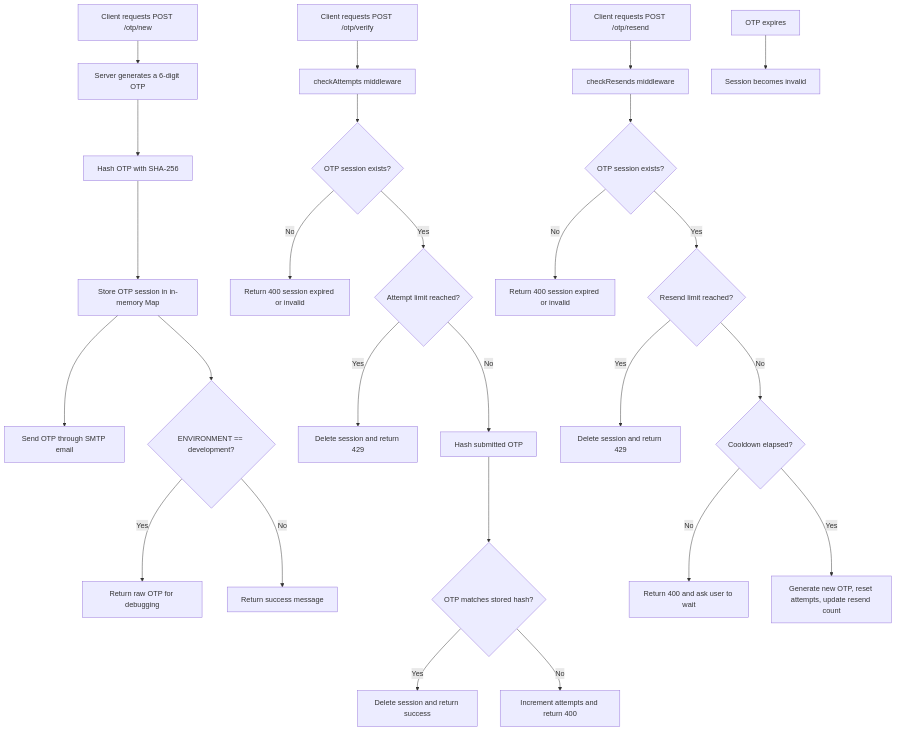
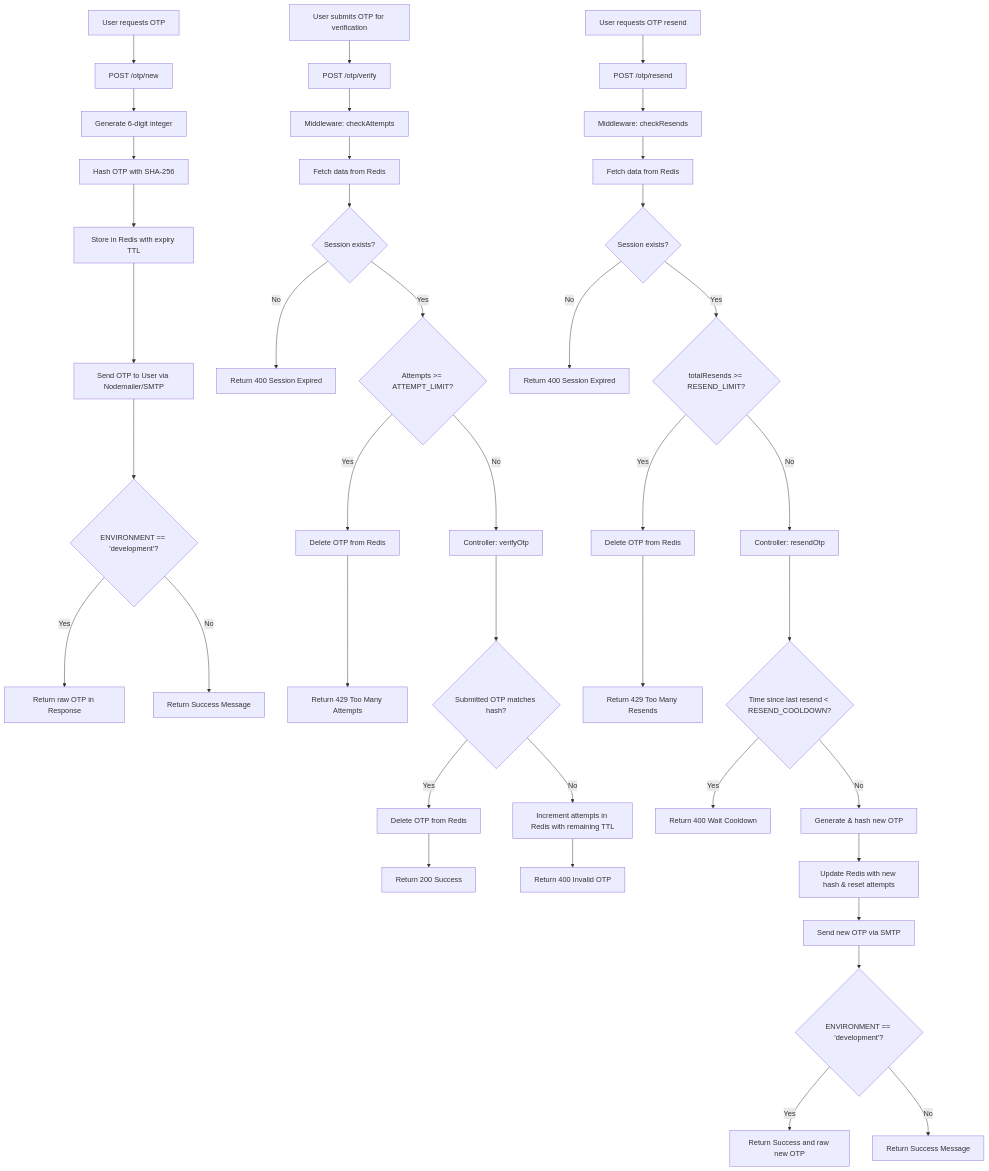
The second of 2 diagrams in README.md (yashdeepsingh2006/OTP-Authentication), drawn with Mermaid before and after one commit. The commit also changed other lines of this file and 19 other files, not shown here.

````diff
--- a/README.md
+++ b/README.md
@@ -161,31 +62,40 @@
 ```mermaid
 flowchart TD
-    A[Client requests POST /otp/new] --> B[Server generates a 6-digit OTP]
-    B --> C[Hash OTP with SHA-256]
-    C --> D[Store OTP session in in-memory Map]
-    D --> E[Send OTP through SMTP email]
-    D --> F{ENVIRONMENT == development?}
-    F -- Yes --> G[Return raw OTP for debugging]
-    F -- No --> H[Return success message]
+    Start[User requests OTP] --> NewReq[POST /otp/new]
+    NewReq --> GenOTP[Generate 6-digit integer]
+    GenOTP --> HashOTP[Hash OTP with SHA-256]
+    HashOTP --> RedisSet[Store in Redis with expiry TTL]
+    RedisSet --> SendMail[Send OTP to User via Nodemailer/SMTP]
+    SendMail --> DevCheck{ENVIRONMENT == 'development'? }
+    DevCheck -->|Yes| DevResp[Return raw OTP in Response]
+    DevCheck -->|No| ProdResp[Return Success Message]
+    
+    UserSubmit[User submits OTP for verification] --> VerifyReq[POST /otp/verify]
+    VerifyReq --> CheckAtt[Middleware: checkAttempts]
+    CheckAtt --> GetCache[Fetch data from Redis]
+    GetCache --> SessionExist{Session exists?}
+    SessionExist -->|No| Expired[Return 400 Session Expired]
+    SessionExist -->|Yes| AttLimit{Attempts >= ATTEMPT_LIMIT?}
+    AttLimit -->|Yes| DelSession[Delete OTP from Redis] --> MaxAttErr[Return 429 Too Many Attempts]
+    AttLimit -->|No| RunVerify[Controller: verifyOtp]
+    RunVerify --> VerifyMatch{Submitted OTP matches hash?}
+    VerifyMatch -->|Yes| DelSuccess[Delete OTP from Redis] --> Success[Return 200 Success]
+    VerifyMatch -->|No| IncAtt[Increment attempts in Redis with remaining TTL] --> InvalidErr[Return 400 Invalid OTP]
 
-    I[Client requests POST /otp/verify] --> J[checkAttempts middleware]
-    J --> K{OTP session exists?}
-    K -- No --> L[Return 400 session expired or invalid]
-    K -- Yes --> M{Attempt limit reached?}
-    M -- Yes --> N[Delete session and return 429]
-    M -- No --> O[Hash submitted OTP]
-    O --> P{OTP matches stored hash?}
-    P -- Yes --> Q[Delete session and return success]
-    P -- No --> R[Increment attempts and return 400]
-
-    S[Client requests POST /otp/resend] --> T[checkResends middleware]
-    T --> U{OTP session exists?}
-    U -- No --> V[Return 400 session expired or invalid]
-    U -- Yes --> W{Resend limit reached?}
-    W -- Yes --> X[Delete session and return 429]
-    W -- No --> Y{Cooldown elapsed?}
-    Y -- No --> Z[Return 400 and ask user to wait]
-    Y -- Yes --> AA[Generate new OTP, reset attempts, update resend count]
-
-    AB[OTP expires] --> AC[Session becomes invalid]
+    UserResend[User requests OTP resend] --> ResendReq[POST /otp/resend]
+    ResendReq --> CheckResends[Middleware: checkResends]
+    CheckResends --> GetCacheRes[Fetch data from Redis]
+    GetCacheRes --> SessionExistRes{Session exists?}
+    SessionExistRes -->|No| ExpiredRes[Return 400 Session Expired]
+    SessionExistRes -->|Yes| ResLimit{totalResends >= RESEND_LIMIT?}
+    ResLimit -->|Yes| DelSessionRes[Delete OTP from Redis] --> MaxResErr[Return 429 Too Many Resends]
+    ResLimit -->|No| RunResend[Controller: resendOtp]
+    RunResend --> CooldownCheck{Time since last resend < RESEND_COOLDOWN?}
+    CooldownCheck -->|Yes| CooldownErr[Return 400 Wait Cooldown]
+    CooldownCheck -->|No| GenNewOTP[Generate & hash new OTP]
+    GenNewOTP --> UpdateRedis[Update Redis with new hash & reset attempts]
+    UpdateRedis --> ResendMail[Send new OTP via SMTP]
+    ResendMail --> DevCheckRes{ENVIRONMENT == 'development'?}
+    DevCheckRes -->|Yes| DevRespRes[Return Success and raw new OTP]
+    DevCheckRes -->|No| ProdRespRes[Return Success Message]
 ```
````
